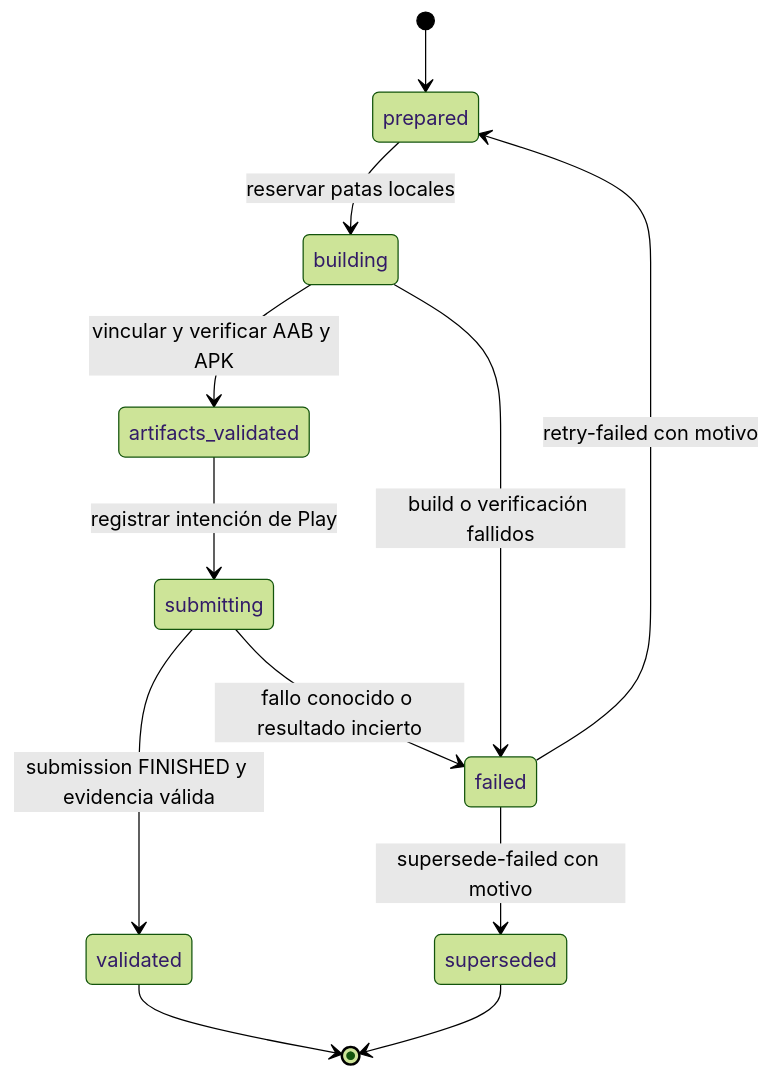
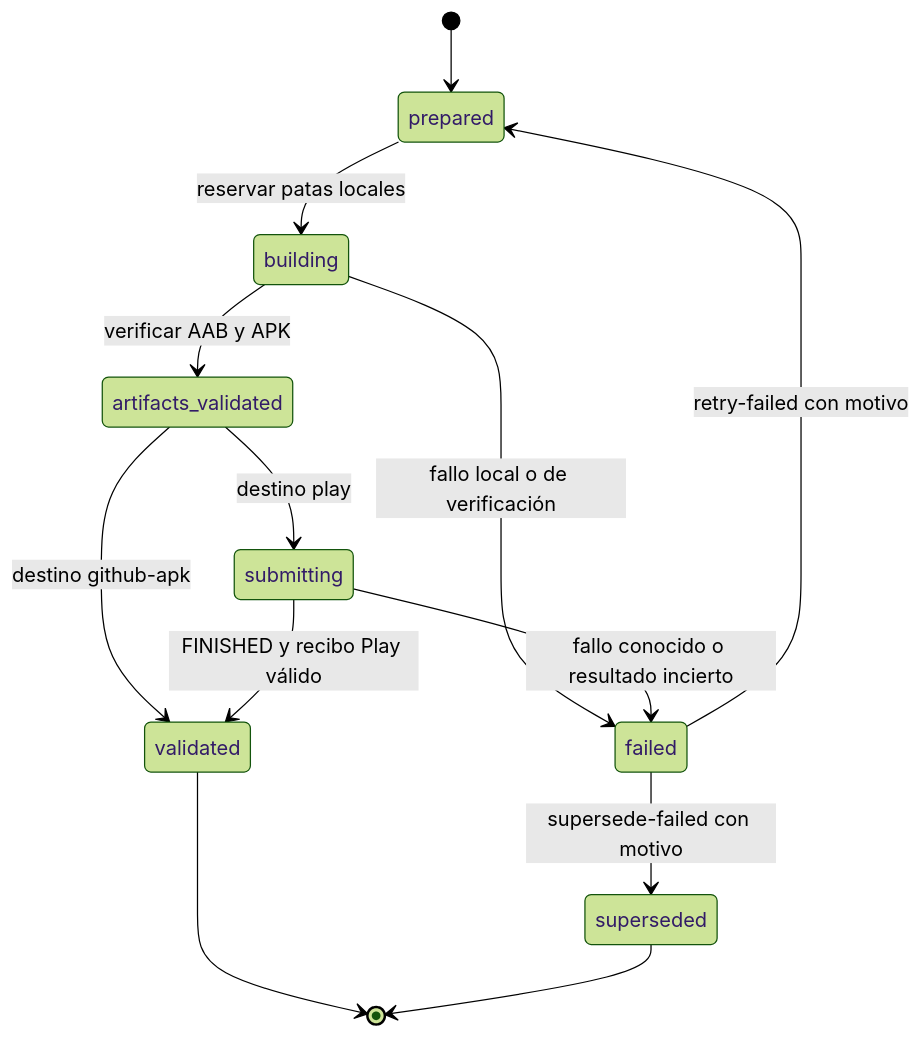
Before and after one commit to maximofn/gymnasia: the fifth of 5 diagrams in openwiki/operations/build-release-and-testing.md, drawn with Mermaid (forest theme). The commit also changed other lines of this file and 16 other files, not shown here.

````diff
--- a/openwiki/operations/build-release-and-testing.md
+++ b/openwiki/operations/build-release-and-testing.md
@@ -325,14 +328,15 @@
 ```mermaid
 stateDiagram-v2
     [*] --> prepared
     prepared --> building: reservar patas locales
-    building --> artifacts_validated: vincular y verificar AAB y APK
-    building --> failed: build o verificación fallidos
-    artifacts_validated --> submitting: registrar intención de Play
-    submitting --> validated: submission FINISHED y evidencia válida
+    building --> artifacts_validated: verificar AAB y APK
+    building --> failed: fallo local o de verificación
+    artifacts_validated --> submitting: destino play
+    artifacts_validated --> validated: destino github-apk
+    submitting --> validated: FINISHED y recibo Play válido
     submitting --> failed: fallo conocido o resultado incierto
     failed --> prepared: retry-failed con motivo
     failed --> superseded: supersede-failed con motivo
     validated --> [*]
     superseded --> [*]
 ```
````
